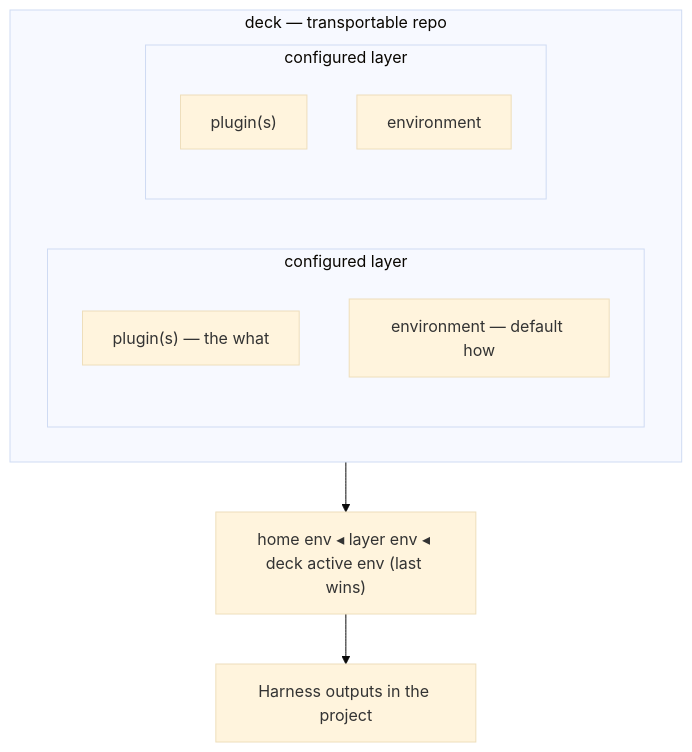
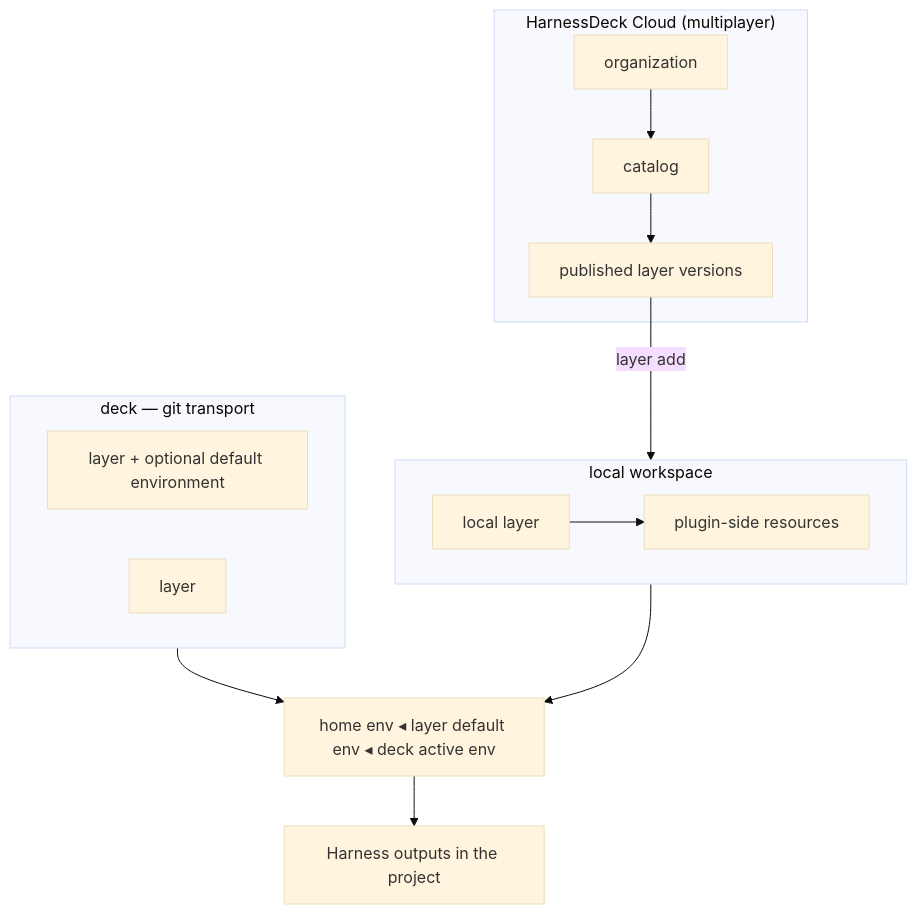
Before and after one commit to harnesstap/harnesstap: the diagram in SPEC.md, drawn with Mermaid (base theme). The commit also changed other lines of this file and 1 other file, not shown here.

````diff
--- a/SPEC.md
+++ b/SPEC.md
@@ -27,15 +27,25 @@
 ```mermaid
 flowchart TB
-  subgraph Deck["deck — transportable repo"]
-    subgraph CL1["configured layer"]
-      P1["plugin(s) — the what"]
-      E1["environment — default how"]
-    end
-    subgraph CL2["configured layer"]
-      P2["plugin(s)"]
-      E2["environment"]
-    end
+  subgraph Cloud["HarnessDeck Cloud (multiplayer)"]
+    Org[organization]
+    Cat[catalog]
+    PubL[published layer versions]
+    Org --> Cat --> PubL
   end
-  Deck --> Cascade["home env ◂ layer env ◂ deck active env (last wins)"]
+
+  subgraph Local["local workspace"]
+    LL[local layer]
+    Res[plugin-side resources]
+    LL --> Res
+  end
+
+  subgraph Deck["deck — git transport"]
+    DL1[layer + optional default environment]
+    DL2[layer]
+  end
+
+  PubL -->|layer add| Local
+  Deck --> Cascade["home env ◂ layer default env ◂ deck active env"]
+  Local --> Cascade
   Cascade --> Out[Harness outputs in the project]
 ```
````
